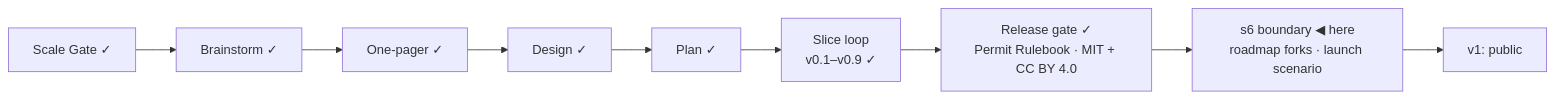
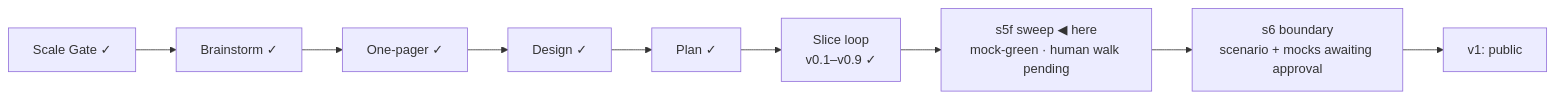
Before and after one commit to OytunOnal/permit-rulebook: the diagram in STATUS.md, drawn with Mermaid. The commit also changed other lines of this file, not shown here.

Commit message:
STATUS: s5f mock-green, human walk hand-off, s6 approvals on the table

````diff
--- a/STATUS.md
+++ b/STATUS.md
@@ -11,8 +12,8 @@
 ```mermaid
 flowchart LR
     A[Scale Gate ✓] --> B[Brainstorm ✓] --> C[One-pager ✓] --> D[Design ✓] --> E[Plan ✓]
     E --> F["Slice loop<br/>v0.1–v0.9 ✓"]
-    F --> RG["Release gate ✓<br/>Permit Rulebook · MIT + CC BY 4.0"]
-    RG --> G["s6 boundary ◀ here<br/>roadmap forks · launch scenario"]
+    F --> S5F["s5f sweep ◀ here<br/>mock-green · human walk pending"]
+    S5F --> G["s6 boundary<br/>scenario + mocks awaiting approval"]
     G --> H[v1: public]
 ```
````
